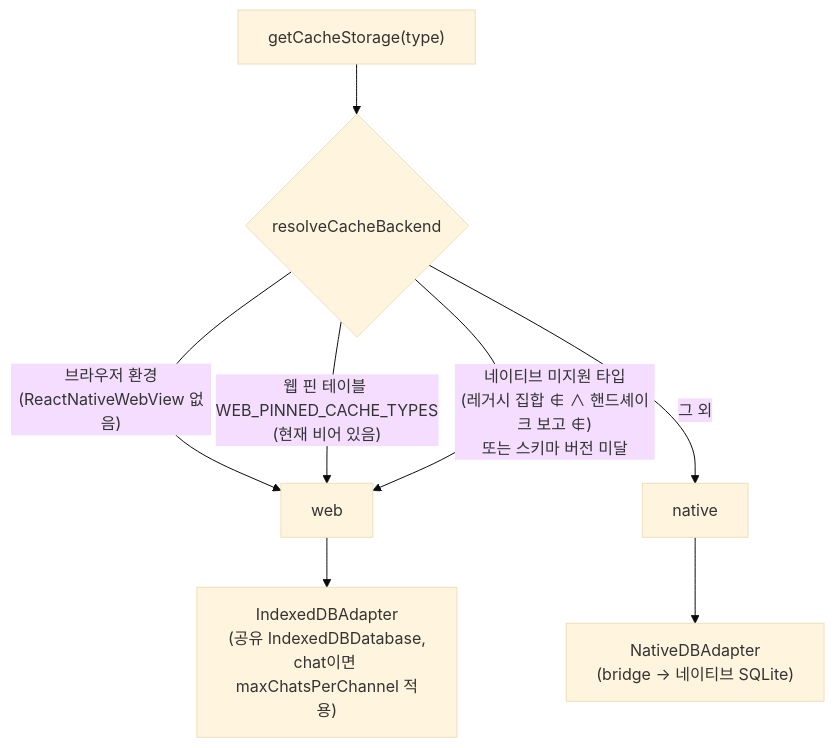
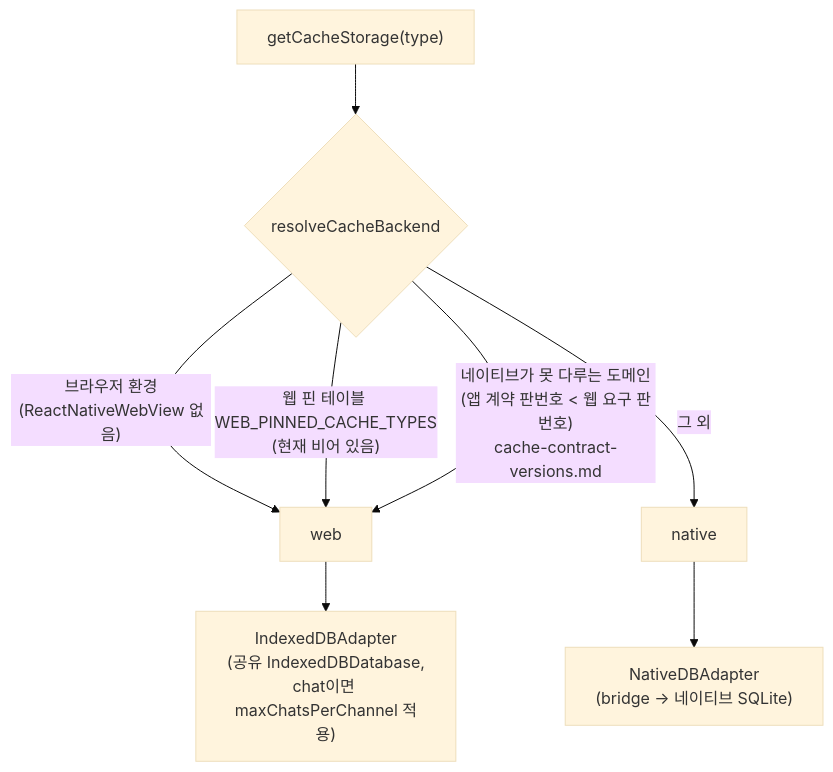
The first of 2 diagrams in libs/app-runtime/docs/data/cache-storage-routing.md (lemoncloud-io/dou-app), drawn with Mermaid (base theme) before and after one commit. The commit also changed other lines of this file and 6 other files, not shown here.

````diff
--- a/libs/app-runtime/docs/data/cache-storage-routing.md
+++ b/libs/app-runtime/docs/data/cache-storage-routing.md
@@ -52,10 +59,10 @@
 ```mermaid
 flowchart TD
     Q["getCacheStorage(type)"] --> R{resolveCacheBackend}
     R -->|"브라우저 환경\n(ReactNativeWebView 없음)"| W[web]
     R -->|"웹 핀 테이블 WEB_PINNED_CACHE_TYPES\n(현재 비어 있음)"| W
-    R -->|"네이티브 미지원 타입\n(레거시 집합 ∉ ∧ 핸드셰이크 보고 ∉)\n또는 스키마 버전 미달"| W
+    R -->|"네이티브가 못 다루는 도메인\n(앱 계약 판번호 < 웹 요구 판번호)\ncache-contract-versions.md"| W
     R -->|그 외| N[native]
     W --> IDB["IndexedDBAdapter\n(공유 IndexedDBDatabase,\nchat이면 maxChatsPerChannel 적용)"]
     N --> SQL["NativeDBAdapter\n(bridge → 네이티브 SQLite)"]
 ```
````
